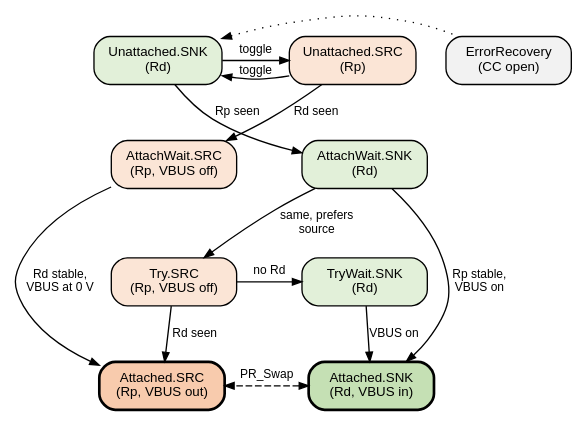
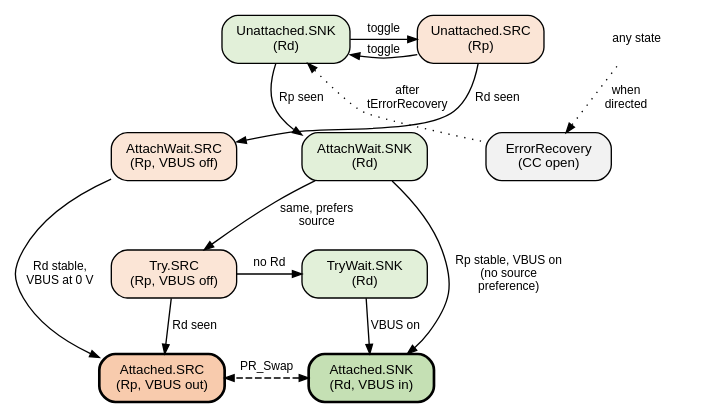
The diagram in docs/power/usb-pd/drp-states.dot (mithro/evampire), drawn with Graphviz before and after one commit. The commit also changed 1 other file, not shown here.

Commit message:
Clarify the DRP attach diagram and units in the CC wiring diagram
Show ErrorRecovery as reachable from any state when directed and
label its exit, label the AttachWait.SNK to Attached.SNK edge, and
write the Rd value with its unit.

```diff
--- a/docs/power/usb-pd/drp-states.dot
+++ b/docs/power/usb-pd/drp-states.dot
@@ -1,49 +1,51 @@
 // Simplified USB Type-C connection state machine for a dual-role port
 // with the Try.SRC preference (USB Type-C specification, section 4.5.2.2 and figure 4-16).
 // Accessory and debug states are left out.
 //
 // SPDX-License-Identifier: Apache-2.0
 
 digraph drp_states {
     graph [rankdir=TB, fontname="Helvetica", fontsize=11, nodesep=0.3,
            ranksep=0.45, newrank=true];
     node  [shape=box, style="rounded,filled", fontname="Helvetica",
            fontsize=10, width=1.3];
     edge  [fontname="Helvetica", fontsize=9, arrowsize=0.7];
 
     usnk [label="Unattached.SNK\n(Rd)", fillcolor="#e2f0d9"];
     usrc [label="Unattached.SRC\n(Rp)", fillcolor="#fbe5d6"];
     awsnk [label="AttachWait.SNK\n(Rd)", fillcolor="#e2f0d9"];
     awsrc [label="AttachWait.SRC\n(Rp, VBUS off)", fillcolor="#fbe5d6"];
     trysrc [label="Try.SRC\n(Rp, VBUS off)", fillcolor="#fbe5d6"];
     twsnk [label="TryWait.SNK\n(Rd)", fillcolor="#e2f0d9"];
     asnk [label="Attached.SNK\n(Rd, VBUS in)", fillcolor="#c5e0b4", penwidth=2];
     asrc [label="Attached.SRC\n(Rp, VBUS out)", fillcolor="#f8cbad", penwidth=2];
     err  [label="ErrorRecovery\n(CC open)", fillcolor="#f2f2f2"];
+    any  [label="any state", shape=plaintext, style="", fontsize=9];
 
-    { rank=same; usrc; usnk; err; }
-    { rank=same; awsrc; awsnk; }
+    { rank=same; usrc; usnk; any; }
+    { rank=same; awsrc; awsnk; err; }
     { rank=same; trysrc; twsnk; }
     { rank=same; asrc; asnk; }
 
     // Left to right order within each row: source states on the left.
-    usrc -> usnk -> err [style=invis];
-    awsrc -> awsnk [style=invis];
+    usrc -> usnk [style=invis];
+    awsrc -> awsnk -> err [style=invis];
     trysrc -> twsnk [style=invis];
     asrc -> asnk [style=invis];
     awsrc -> trysrc [style=invis, weight=5];
     awsnk -> twsnk [style=invis, weight=5];
 
     usnk -> usrc [label="toggle"];
     usrc -> usnk [label="toggle"];
-    usnk -> err [style=dotted, dir=back];
+    usnk -> err [style=dotted, dir=back, label="after\ntErrorRecovery"];
+    err -> any [style=dotted, dir=back, label="when\ndirected"];
     usnk -> awsnk [label="Rp seen"];
     usrc -> awsrc [label="Rd seen"];
-    awsnk -> asnk [label="Rp stable,\nVBUS on"];
+    awsnk -> asnk [label="Rp stable, VBUS on\n(no source\npreference)"];
     awsnk -> trysrc [label="same, prefers\nsource"];
     awsrc -> asrc [label="Rd stable,\nVBUS at 0 V"];
     trysrc -> asrc [label="Rd seen"];
     trysrc -> twsnk [label="no Rd"];
     twsnk -> asnk [label="VBUS on"];
     asnk -> asrc [label="PR_Swap", style=dashed, dir=both, constraint=false];
 }
```
